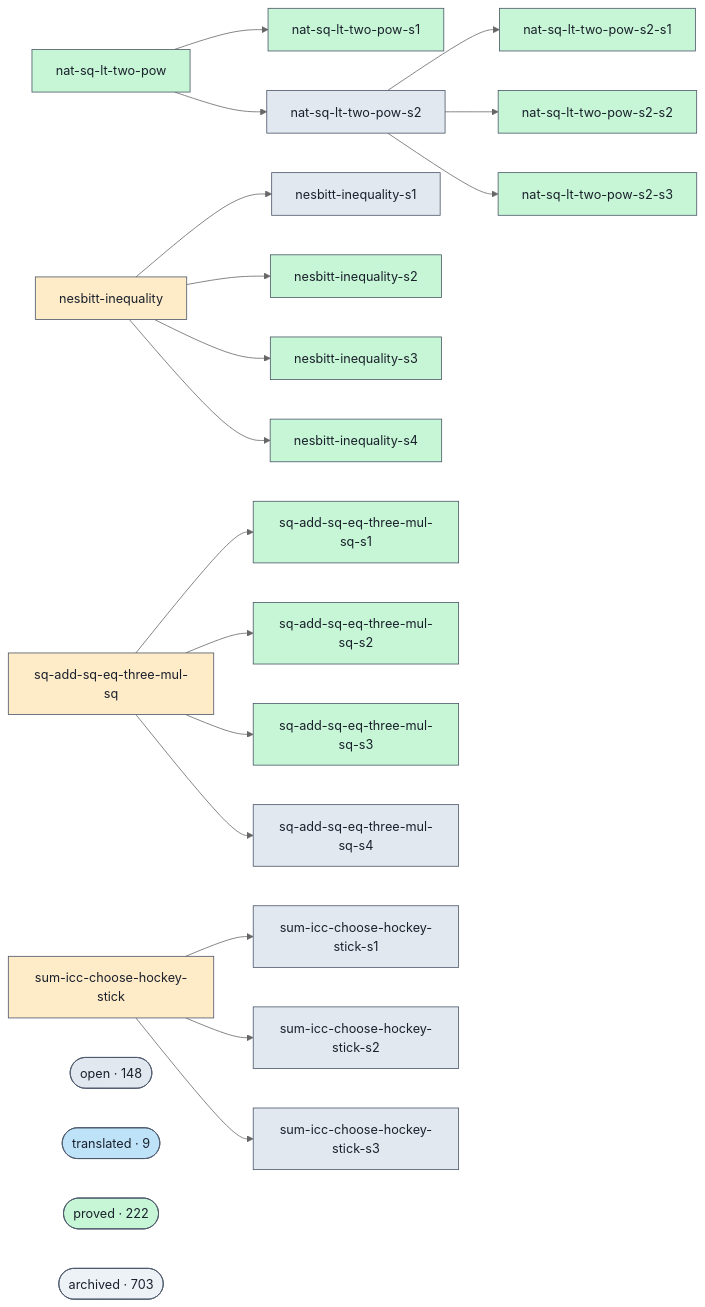
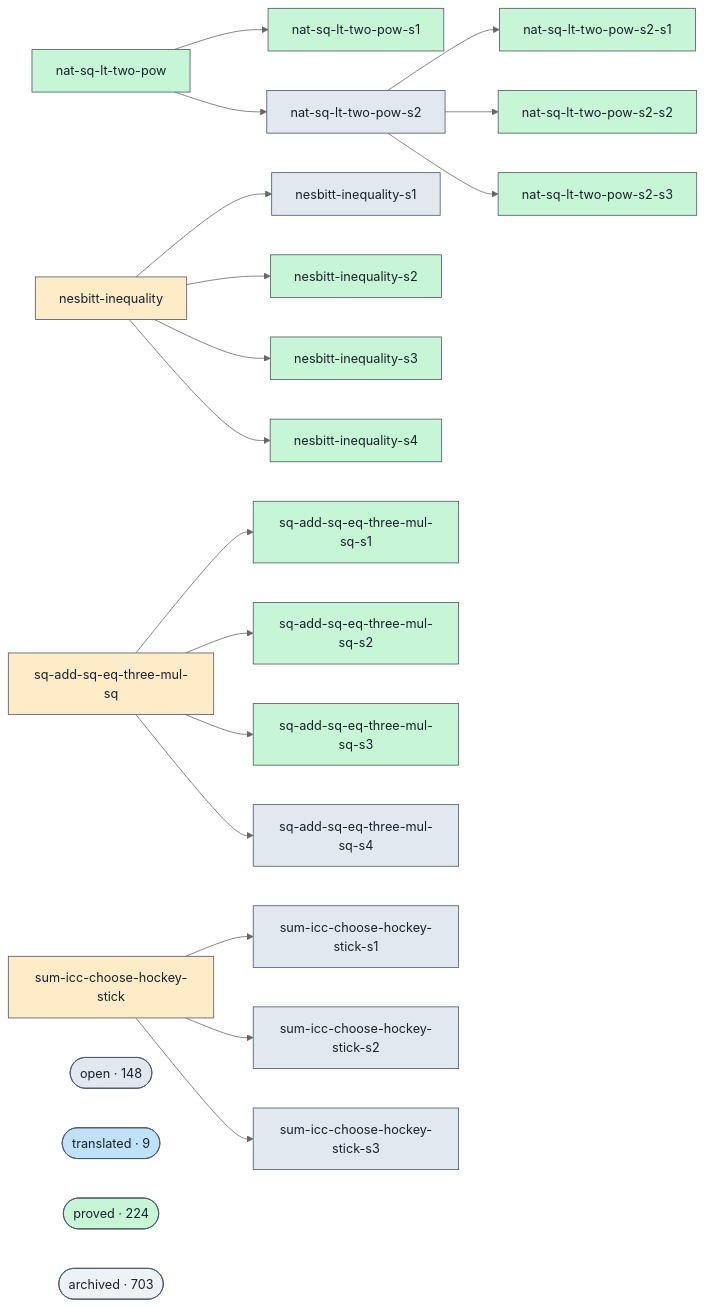
One commit to ohdearquant/unsorry changed the diagram in docs/proofs-contributors-visualisation.md. Above: the diagram before and after it, drawn with Mermaid (neutral theme). The commit also changed other lines of this file and 2 other files, not shown here.

```diff
--- a/docs/proofs-contributors-visualisation.md
+++ b/docs/proofs-contributors-visualisation.md
@@ -102,7 +102,7 @@
   class cluster_open open;
   cluster_translated(["translated · 9"])
   class cluster_translated translated;
-  cluster_proved(["proved · 222"])
+  cluster_proved(["proved · 224"])
   class cluster_proved proved;
   cluster_archived(["archived · 703"])
   class cluster_archived unknown;
```
